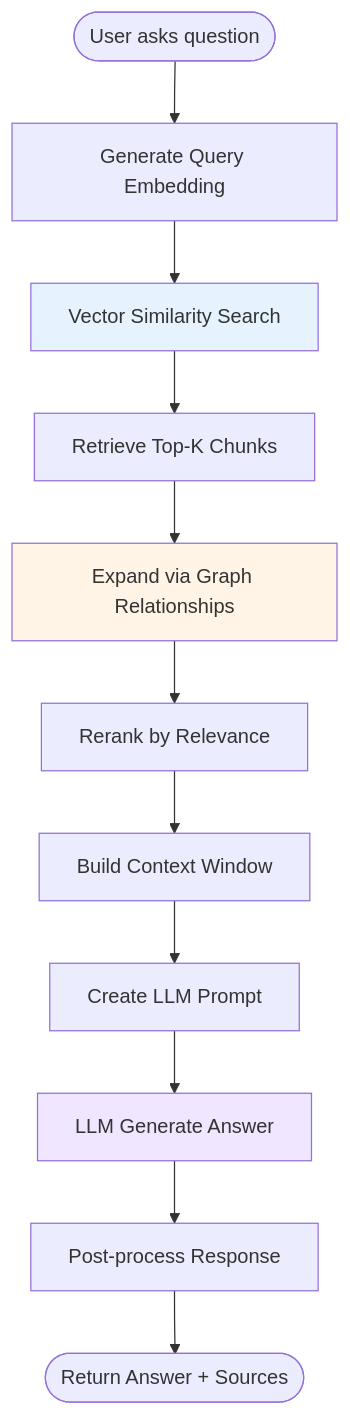
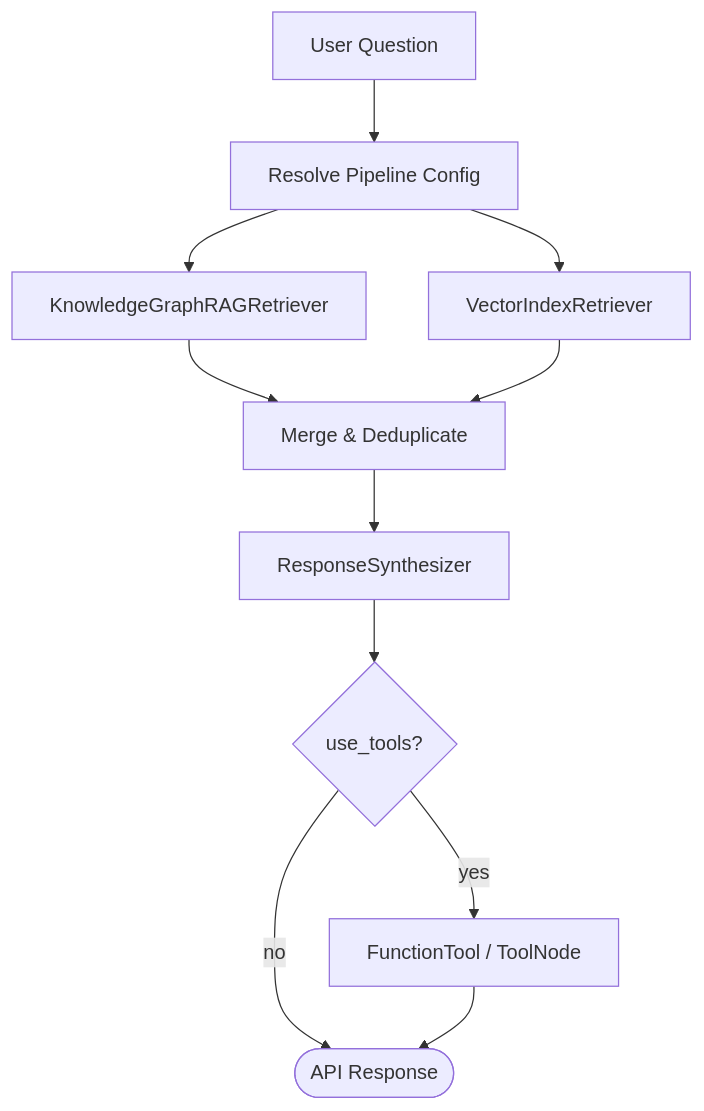
The third of 14 diagrams in docs/architecture/dataflow.md (royisme/codebase-rag), drawn with Mermaid before and after one commit. The commit also changed other lines of this file and 7 other files, not shown here.

Commit message:
Refactor Neo4j knowledge query pipeline

````diff
--- a/docs/architecture/dataflow.md
+++ b/docs/architecture/dataflow.md
@@ -366,17 +373,13 @@
 ```mermaid
-graph TB
-    Query([User asks question]) --> Embed[Generate Query Embedding]
-    Embed --> VectorSearch[Vector Similarity Search]
-    VectorSearch --> TopK[Retrieve Top-K Chunks]
-    TopK --> GraphExpand[Expand via Graph Relationships]
-    GraphExpand --> Rerank[Rerank by Relevance]
-    Rerank --> BuildContext[Build Context Window]
-    BuildContext --> LLMPrompt[Create LLM Prompt]
-    LLMPrompt --> LLMGenerate[LLM Generate Answer]
-    LLMGenerate --> PostProcess[Post-process Response]
-    PostProcess --> Response([Return Answer + Sources])
-
-    style VectorSearch fill:#E6F3FF
-    style GraphExpand fill:#FFF4E6
-    style LLMGenerate fill:#F0E6FF
+graph TD
+    Q[User Question] --> Config[Resolve Pipeline Config]
+    Config --> Graph[KnowledgeGraphRAGRetriever]
+    Config --> Vector[VectorIndexRetriever]
+    Graph --> Merge[Merge & Deduplicate]
+    Vector --> Merge
+    Merge --> Synthesize[ResponseSynthesizer]
+    Synthesize --> Tools{use_tools?}
+    Tools -->|yes| Execute[FunctionTool / ToolNode]
+    Tools -->|no| Response([API Response])
+    Execute --> Response
 ```
````
